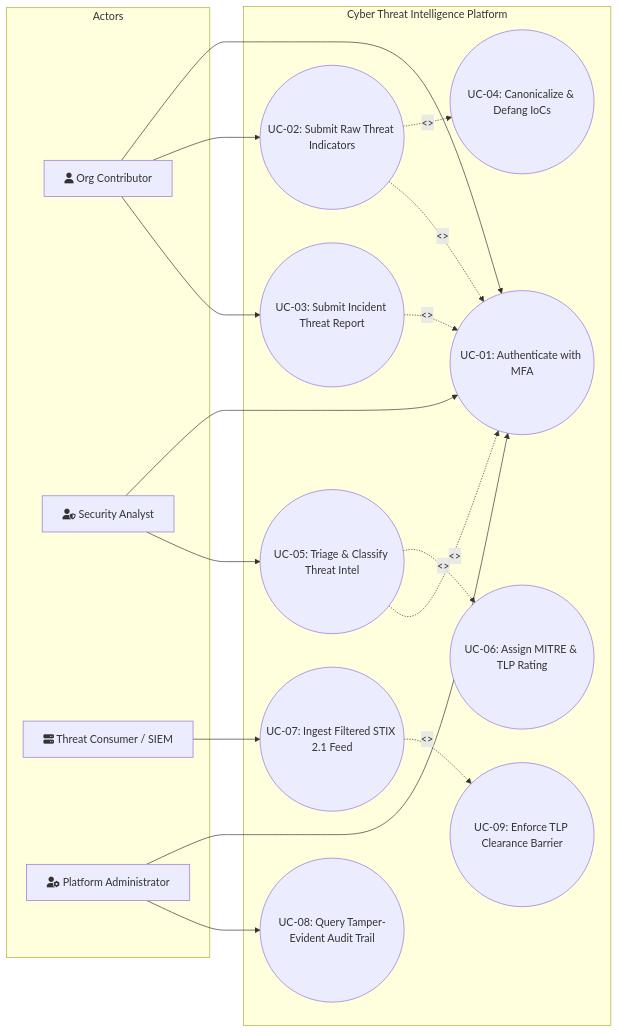
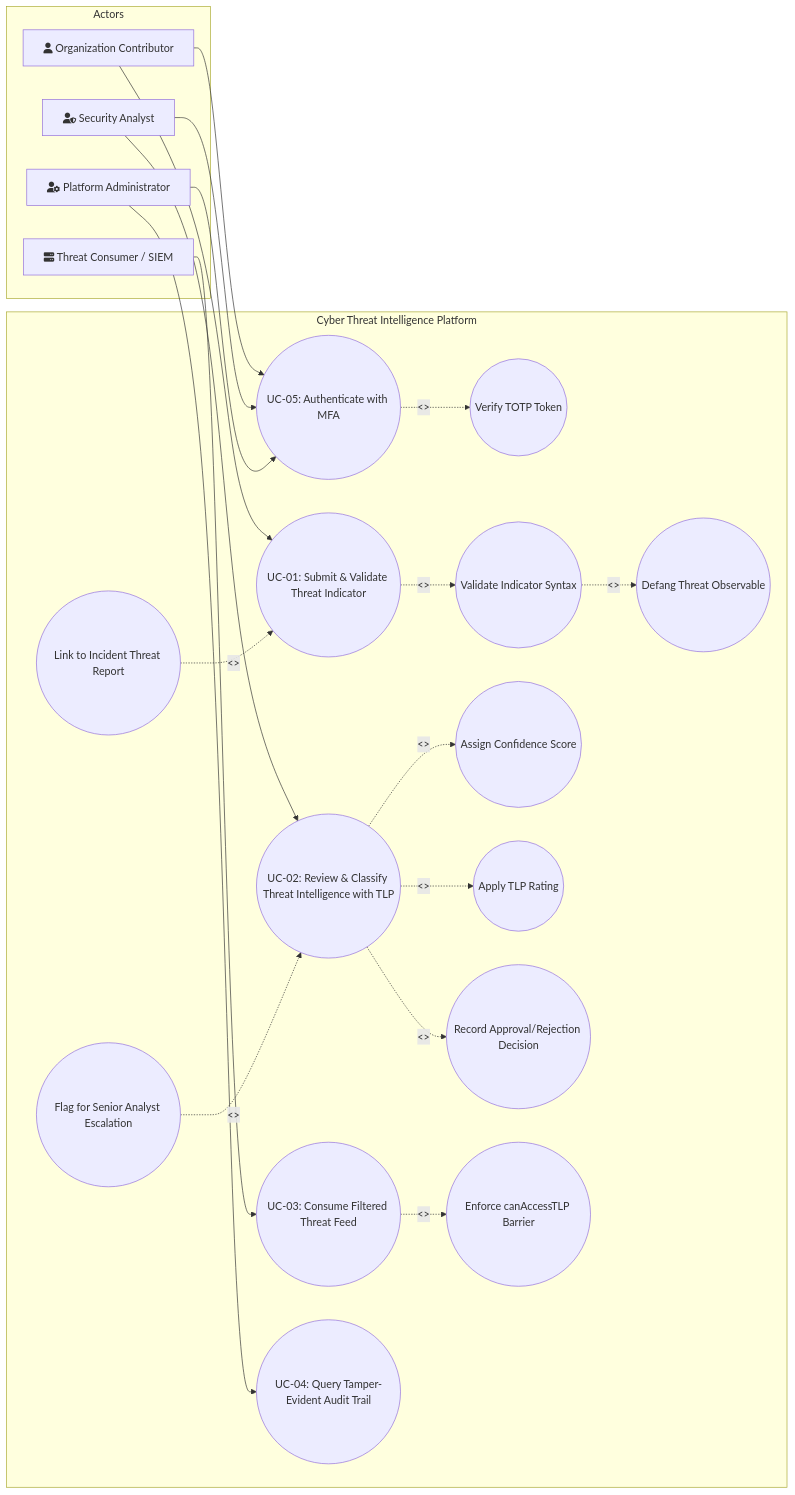
The first of 2 diagrams in docs/PHASE_03_UML.md (Abisheksingh1521/CTI-Sharing-Platform), drawn with Mermaid before and after one commit. The commit also changed other lines of this file and 5 other files, not shown here.

````diff
--- a/docs/PHASE_03_UML.md
+++ b/docs/PHASE_03_UML.md
@@ -9,42 +9,55 @@
 ```mermaid
 flowchart LR
     subgraph Actors
-        C[fa:fa-user Org Contributor]
+        C[fa:fa-user Organization Contributor]
         A[fa:fa-user-shield Security Analyst]
         CO[fa:fa-server Threat Consumer / SIEM]
         AD[fa:fa-user-cog Platform Administrator]
     end
 
     subgraph CTI_System [Cyber Threat Intelligence Platform]
-        UC1((UC-01: Authenticate with MFA))
-        UC2((UC-02: Submit Raw Threat Indicators))
-        UC3((UC-03: Submit Incident Threat Report))
-        UC4((UC-04: Canonicalize & Defang IoCs))
-        UC5((UC-05: Triage & Classify Threat Intel))
-        UC6((UC-06: Assign MITRE & TLP Rating))
-        UC7((UC-07: Ingest Filtered STIX 2.1 Feed))
-        UC8((UC-08: Query Tamper-Evident Audit Trail))
-        UC9((UC-09: Enforce TLP Clearance Barrier))
+        UC05((UC-05: Authenticate with MFA))
+        UC01((UC-01: Submit & Validate Threat Indicator))
+        UC02((UC-02: Review & Classify Threat Intelligence with TLP))
+        UC03((UC-03: Consume Filtered Threat Feed))
+        UC04((UC-04: Query Tamper-Evident Audit Trail))
+
+        %% Included mandatory behaviors
+        INC_TOTP((Verify TOTP Token))
+        INC_VAL((Validate Indicator Syntax))
+        INC_DEFANG((Defang Threat Observable))
+        INC_CONF((Assign Confidence Score))
+        INC_TLP((Apply TLP Rating))
+        INC_DEC((Record Approval/Rejection Decision))
+        INC_BARRIER((Enforce canAccessTLP Barrier))
+
+        %% Extended conditional behaviors
+        EXT_REPORT((Link to Incident Threat Report))
+        EXT_ESCALATE((Flag for Senior Analyst Escalation))
     end
 
-    C --> UC1
-    C --> UC2
-    C --> UC3
+    %% Actor associations
+    C --> UC05
+    C --> UC01
 
-    A --> UC1
-    A --> UC5
+    A --> UC05
+    A --> UC02
 
-    CO --> UC7
+    CO --> UC03
 
-    AD --> UC1
-    AD --> UC8
+    AD --> UC05
+    AD --> UC04
 
-    UC2 -.->|<<include>>| UC4
-    UC2 -.->|<<include>>| UC1
-    UC3 -.->|<<include>>| UC1
+    %% Include relationships (Mandatory)
+    UC05 -.->|<<include>>| INC_TOTP
+    UC01 -.->|<<include>>| INC_VAL
+    INC_VAL -.->|<<include>>| INC_DEFANG
+    UC02 -.->|<<include>>| INC_CONF
+    UC02 -.->|<<include>>| INC_TLP
+    UC02 -.->|<<include>>| INC_DEC
+    UC03 -.->|<<include>>| INC_BARRIER
 
-    UC5 -.->|<<include>>| UC6
-    UC5 -.->|<<include>>| UC1
-
-    UC7 -.->|<<include>>| UC9
+    %% Extend relationships (Genuinely conditional behavior)
+    EXT_REPORT -.->|<<extend>>| UC01
+    EXT_ESCALATE -.->|<<extend>>| UC02
 ```
````
